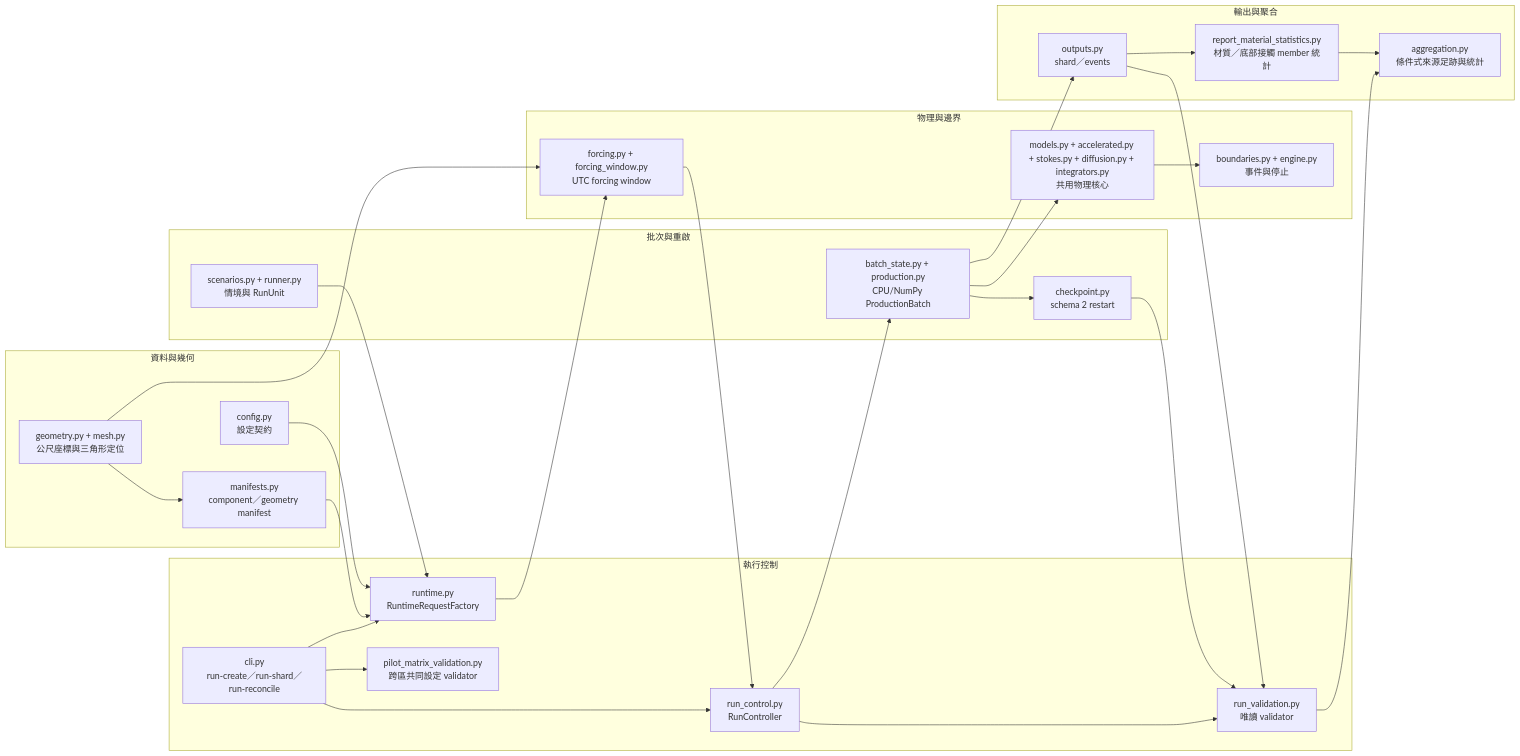
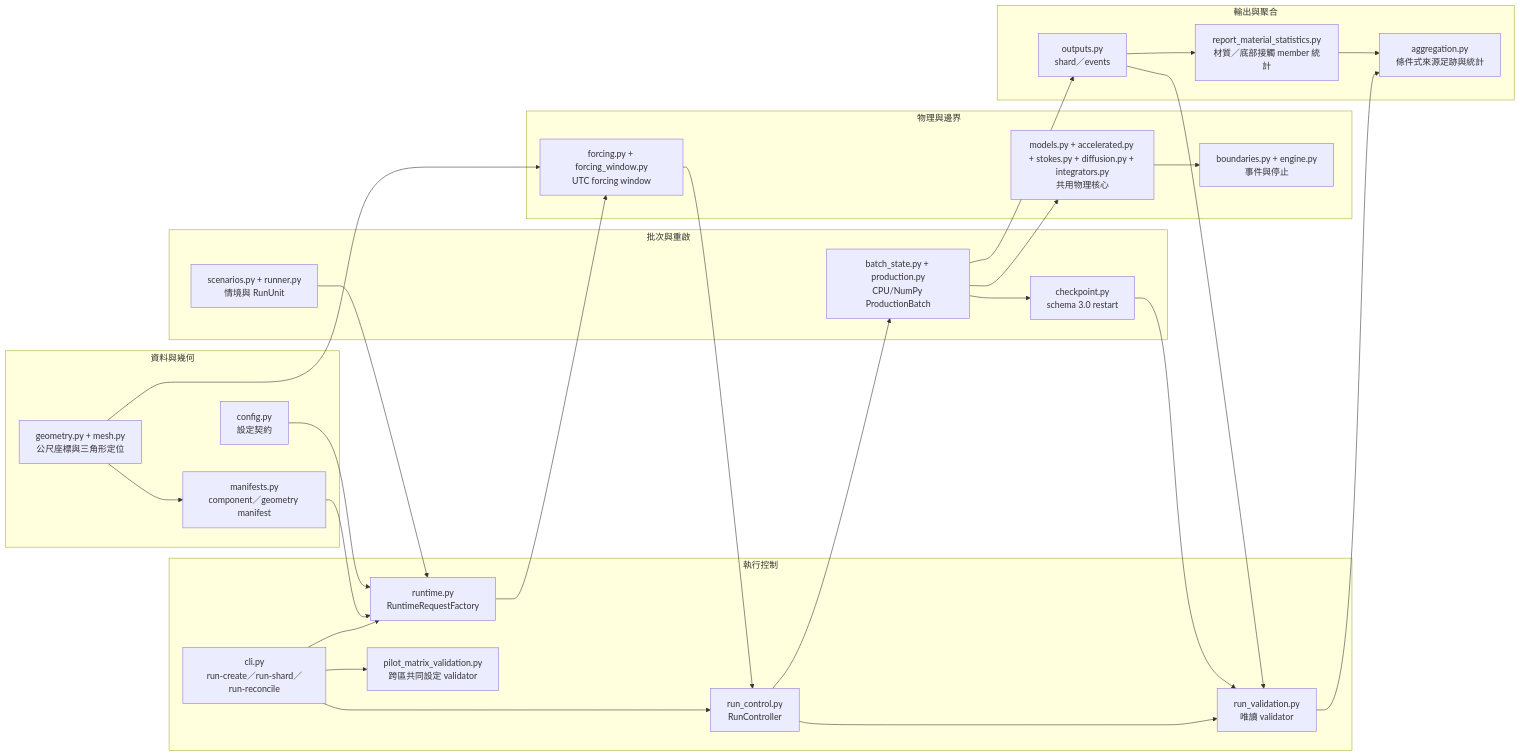
The first of 3 diagrams in docs/development/11_source_code_guide_and_plan_traceability.md (SpiderFang/Lagrangian-Ensemble-Backtracking), drawn with Mermaid before and after one commit. The commit also changed other lines of this file and 23 other files, not shown here.

````diff
--- a/docs/development/11_source_code_guide_and_plan_traceability.md
+++ b/docs/development/11_source_code_guide_and_plan_traceability.md
@@ -104,51 +104,51 @@
 ```mermaid
 flowchart LR
     subgraph A[資料與幾何]
         CFG[config.py<br/>設定契約]
         MAN[manifests.py<br/>component／geometry manifest]
         GEO[geometry.py + mesh.py<br/>公尺座標與三角形定位]
     end
     subgraph B[物理與邊界]
         FOR[forcing.py + forcing_window.py<br/>UTC forcing window]
         PHY[models.py + accelerated.py + stokes.py + diffusion.py + integrators.py<br/>共用物理核心]
         BND[boundaries.py + engine.py<br/>事件與停止]
     end
     subgraph C[批次與重啟]
         SCN[scenarios.py + runner.py<br/>情境與 RunUnit]
         PB[batch_state.py + production.py<br/>CPU/NumPy ProductionBatch]
-        CKP[checkpoint.py<br/>schema 2 restart]
+        CKP[checkpoint.py<br/>schema 3.0 restart]
     end
     subgraph D[執行控制]
         CLI[cli.py<br/>run-create／run-shard／run-reconcile]
         RT[runtime.py<br/>RuntimeRequestFactory]
         RC[run_control.py<br/>RunController]
         VAL[run_validation.py<br/>唯讀 validator]
         PMV[pilot_matrix_validation.py<br/>跨區共同設定 validator]
     end
     subgraph E[輸出與聚合]
         OUT[outputs.py<br/>shard／events]
         MAT[report_material_statistics.py<br/>材質／底部接觸 member 統計]
         AGG[aggregation.py<br/>條件式來源足跡與統計]
     end
     CFG --> RT
     MAN --> RT
     CLI --> RT
     CLI --> RC
     CLI --> PMV
     SCN --> RT
     RT --> FOR
     FOR --> RC
     RC --> PB
     PB --> PHY
     PHY --> BND
     PB --> CKP
     PB --> OUT
     OUT --> MAT
     CKP --> VAL
     OUT --> VAL
     RC --> VAL
     MAT --> AGG
     VAL --> AGG
     GEO --> FOR
     GEO --> MAN
 ```
````
